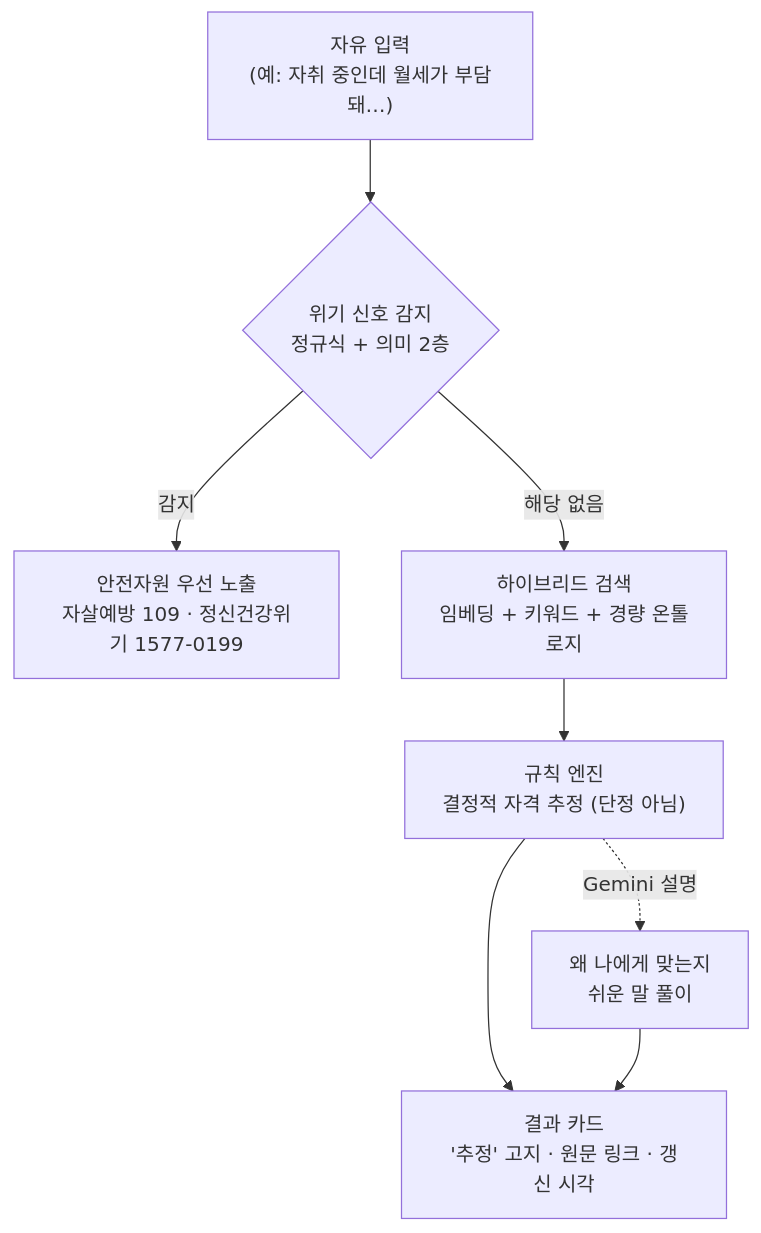
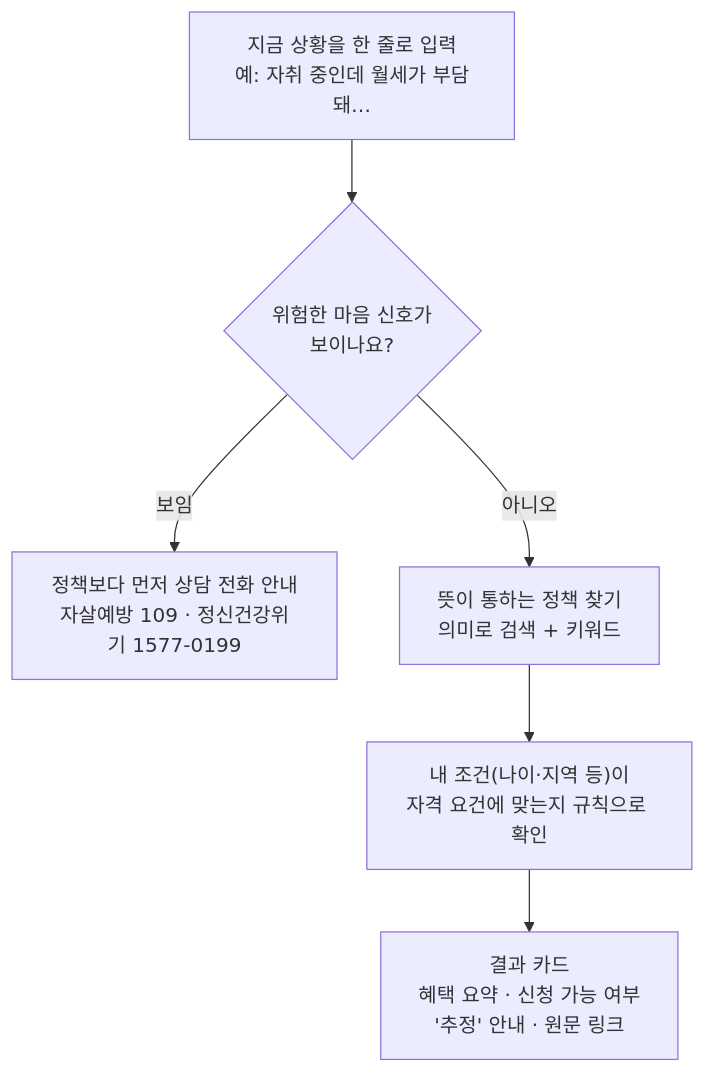
Before and after one commit to slowdive14/cheongnyeon: the diagram in README.md, drawn with Mermaid. The commit also changed other lines of this file and 1 other file, not shown here.

````diff
--- a/README.md
+++ b/README.md
@@ -28,10 +31,8 @@
 ```mermaid
 flowchart TD
-    A["자유 입력<br/>(예: 자취 중인데 월세가 부담돼…)"] --> B{"위기 신호 감지<br/>정규식 + 의미 2층"}
-    B -->|감지| C["안전자원 우선 노출<br/>자살예방 109 · 정신건강위기 1577-0199"]
-    B -->|해당 없음| D["하이브리드 검색<br/>임베딩 + 키워드 + 경량 온톨로지"]
-    D --> E["규칙 엔진<br/>결정적 자격 추정 (단정 아님)"]
-    E --> F["결과 카드<br/>'추정' 고지 · 원문 링크 · 갱신 시각"]
-    E -.->|Gemini 설명| G["왜 나에게 맞는지<br/>쉬운 말 풀이"]
-    G --> F
+    A["지금 상황을 한 줄로 입력<br/>예: 자취 중인데 월세가 부담돼…"] --> B{"위험한 마음 신호가<br/>보이나요?"}
+    B -->|보임| C["정책보다 먼저 상담 전화 안내<br/>자살예방 109 · 정신건강위기 1577-0199"]
+    B -->|아니오| D["뜻이 통하는 정책 찾기<br/>의미로 검색 + 키워드"]
+    D --> E["내 조건(나이·지역 등)이<br/>자격 요건에 맞는지 규칙으로 확인"]
+    E --> F["결과 카드<br/>혜택 요약 · 신청 가능 여부<br/>'추정' 안내 · 원문 링크"]
 ```
````
